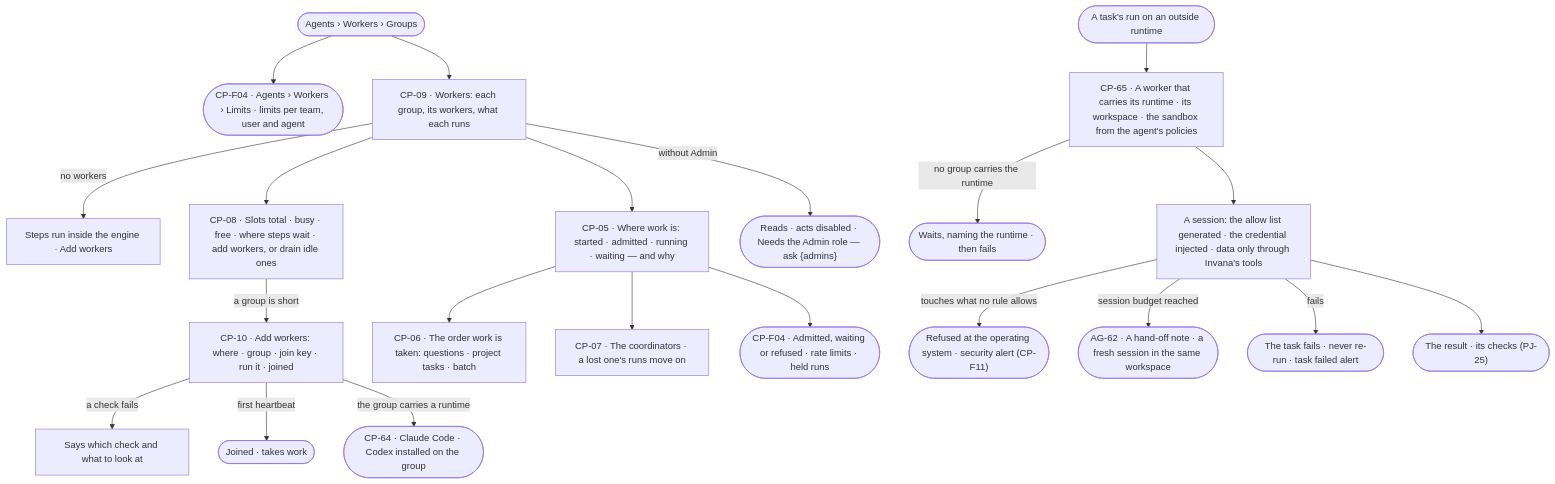
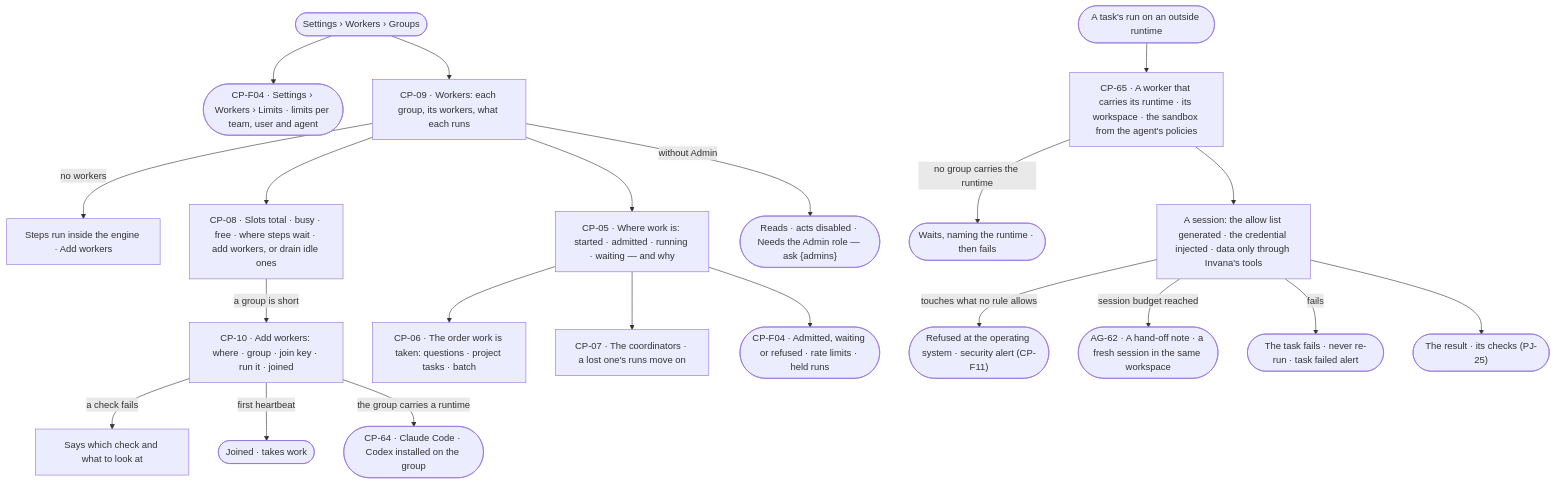
The first of 3 diagrams in specs/os/control/features/CP-F03-workers-and-the-queue/feature.md (invana/invana), drawn with Mermaid before and after one commit. The commit also changed other lines of this file and 43 other files, not shown here.

First line of the commit message:
docs(specs): Agents mode keeps work; Plugins, Fleet, Workers move to Settings

````diff
--- a/specs/os/control/features/CP-F03-workers-and-the-queue/feature.md
+++ b/specs/os/control/features/CP-F03-workers-and-the-queue/feature.md
@@ -26,23 +26,23 @@
 ```mermaid
 flowchart TD
-  s([Agents › Workers › Groups]) --> lim(["CP-F04 · Agents › Workers › Limits · limits per team, user and agent"])
+  s([Settings › Workers › Groups]) --> lim(["CP-F04 · Settings › Workers › Limits · limits per team, user and agent"])
   s --> wk["CP-09 · Workers: each group, its workers, what each runs"]
   wk -->|no workers| nw["Steps run inside the engine · Add workers"]
   wk --> cap["CP-08 · Slots total · busy · free · where steps wait · add workers, or drain idle ones"]
   cap -->|a group is short| add["CP-10 · Add workers: where · group · join key · run it · joined"]
   add -->|a check fails| fx["Says which check and what to look at"]
   add -->|first heartbeat| j(["Joined · takes work"])
   wk --> flow["CP-05 · Where work is: started · admitted · running · waiting — and why"]
   flow --> ord["CP-06 · The order work is taken: questions · project tasks · batch"]
   flow --> co["CP-07 · The coordinators · a lost one's runs move on"]
   flow --> adm(["CP-F04 · Admitted, waiting or refused · rate limits · held runs"])
   wk -->|without Admin| ro(["Reads · acts disabled · Needs the Admin role — ask {admins}"])
   add -->|the group carries a runtime| rt(["CP-64 · Claude Code · Codex installed on the group"])
   task([A task's run on an outside runtime]) --> sbx["CP-65 · A worker that carries its runtime · its workspace · the sandbox from the agent's policies"]
   sbx -->|no group carries the runtime| nr(["Waits, naming the runtime · then fails"])
   sbx --> ses["A session: the allow list generated · the credential injected · data only through Invana's tools"]
   ses -->|touches what no rule allows| ref(["Refused at the operating system · security alert (CP-F11)"])
   ses -->|session budget reached| ho(["AG-62 · A hand-off note · a fresh session in the same workspace"])
   ses -->|fails| fl(["The task fails · never re-run · task failed alert"])
   ses --> done(["The result · its checks (PJ-25)"])
 ```
````
